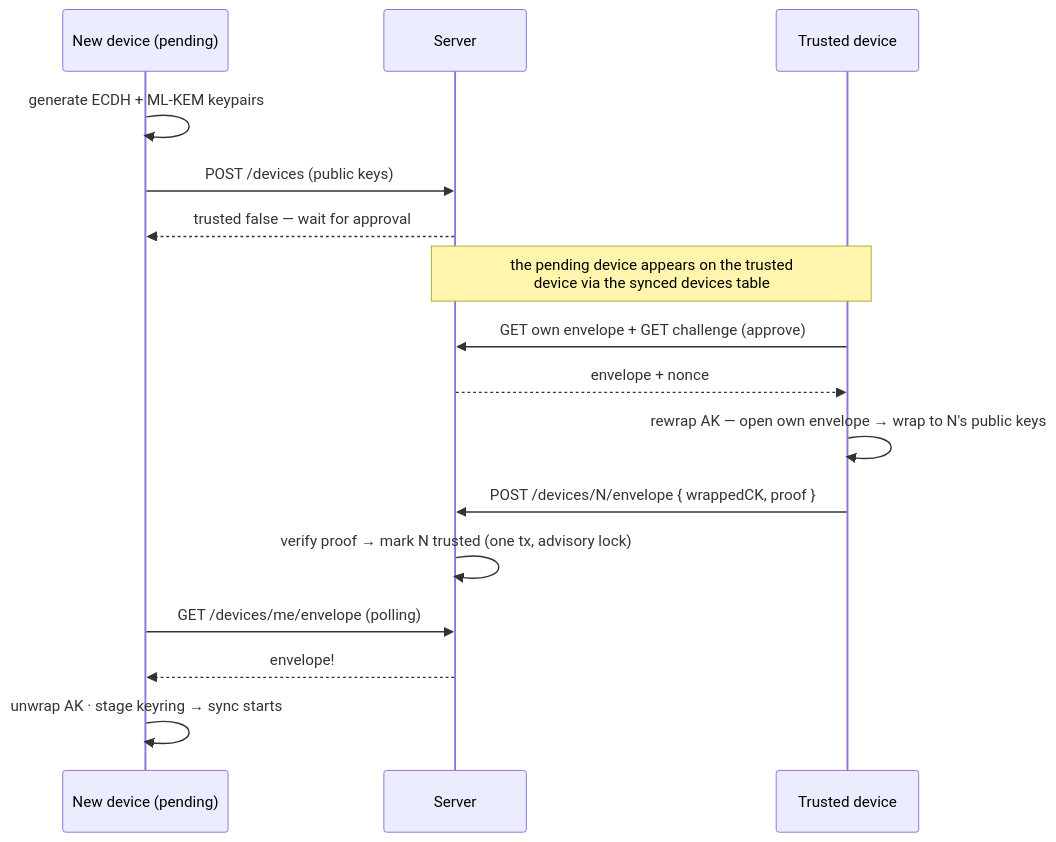
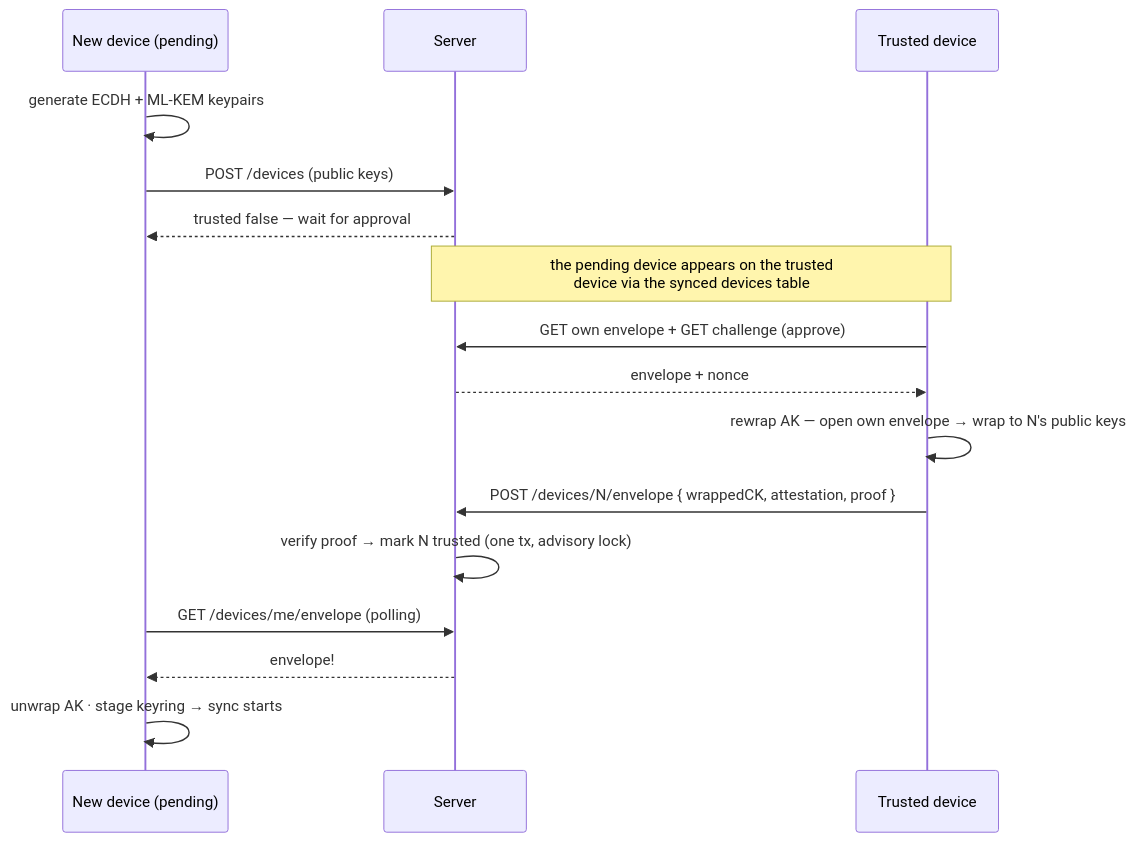
The eighth of 9 diagrams in docs/architecture/e2e-encryption.md (thunderbird/thunderbolt), drawn with Mermaid before and after one commit. The commit also changed other lines of this file and 14 other files, not shown here.

````diff
--- a/docs/architecture/e2e-encryption.md
+++ b/docs/architecture/e2e-encryption.md
@@ -507,18 +521,18 @@
 ```mermaid
 sequenceDiagram
     participant N as New device (pending)
     participant S as Server
     participant T as Trusted device
     N->>N: generate ECDH + ML-KEM keypairs
     N->>S: POST /devices (public keys)
     S-->>N: trusted false — wait for approval
     Note over S,T: the pending device appears on the trusted<br/>device via the synced devices table
     T->>S: GET own envelope + GET challenge (approve)
     S-->>T: envelope + nonce
     T->>T: rewrap AK — open own envelope → wrap to N's public keys
-    T->>S: POST /devices/N/envelope { wrappedCK, proof }
+    T->>S: POST /devices/N/envelope { wrappedCK, attestation, proof }
     S->>S: verify proof → mark N trusted (one tx, advisory lock)
     N->>S: GET /devices/me/envelope (polling)
     S-->>N: envelope!
     N->>N: unwrap AK · stage keyring → sync starts
 ```
````
